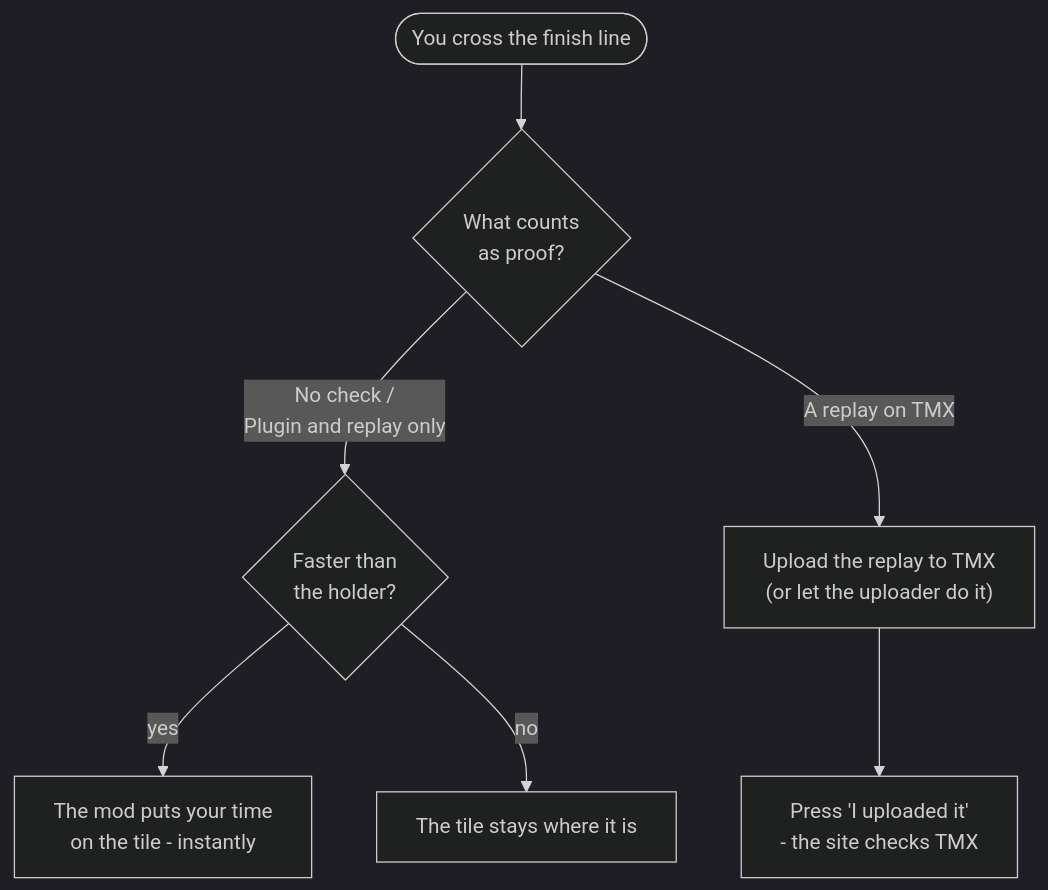
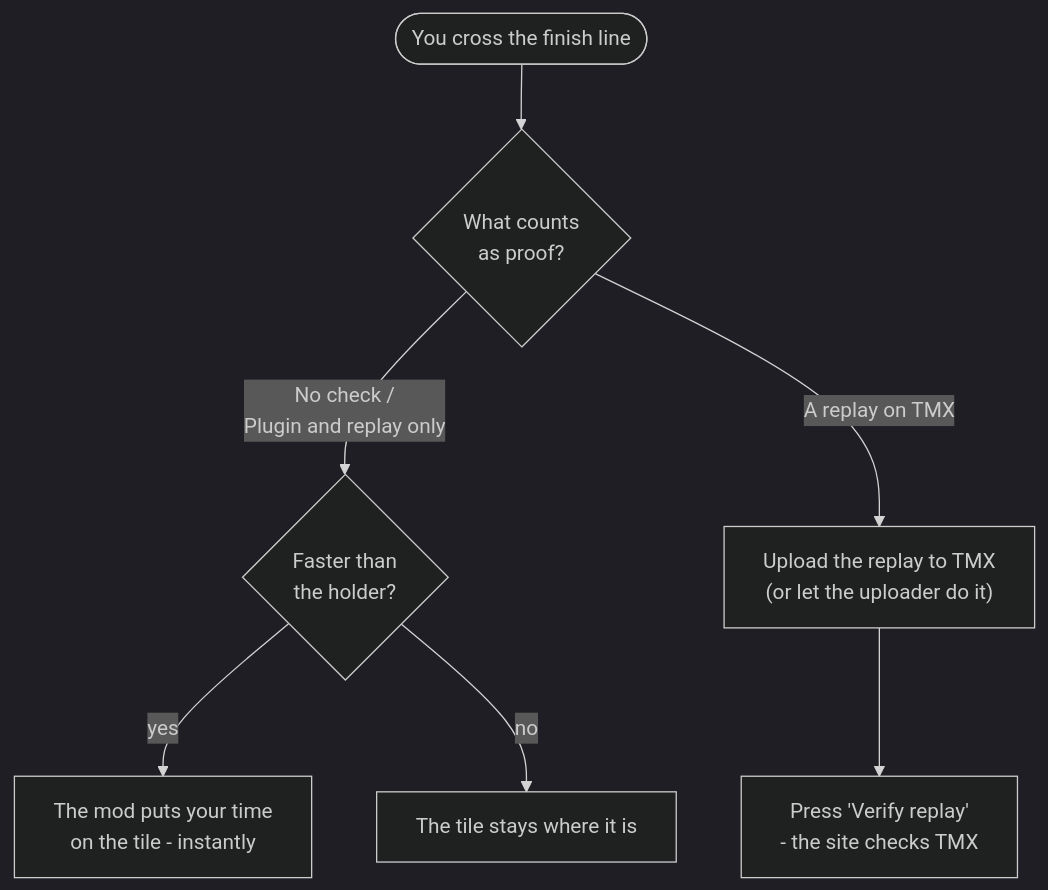
Before and after one commit to cheatoskar/100-TMX-Bingo-Plugin: the third of 4 diagrams in README.md, drawn with Mermaid (dark theme). The commit also changed other lines of this file and 14 other files, not shown here.

````diff
--- a/README.md
+++ b/README.md
@@ -255,9 +256,9 @@
 ```mermaid
 flowchart TD
     finish(["You cross the finish line"]) --> kind{"What counts<br/>as proof?"}
     kind -->|"No check /<br/>Plugin and replay only"| faster{"Faster than<br/>the holder?"}
     faster -->|yes| auto["The mod puts your time<br/>on the tile - instantly"]
     faster -->|no| keep["The tile stays where it is"]
     kind -->|"A replay on TMX"| upload["Upload the replay to TMX<br/>(or let the uploader do it)"]
-    upload --> check["Press 'I uploaded it'<br/>- the site checks TMX"]
+    upload --> check["Press 'Verify replay'<br/>- the site checks TMX"]
 ```
````
